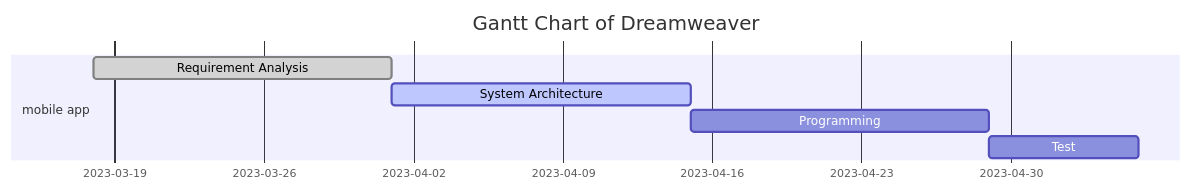
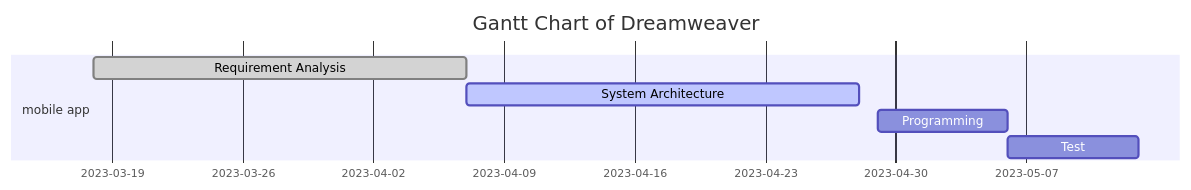
One commit to DreamweaverDSD/DSD changed the diagram in README.md. Above: the diagram before and after it, drawn with Mermaid. The commit also changed other lines of this file, not shown here.

````diff
--- a/README.md
+++ b/README.md
@@ -54,10 +57,10 @@
 ```mermaid
 gantt
 title Gantt Chart of Dreamweaver
 dateFormat YY-MM-DD
 section mobile app
-Requirement Analysis  :done, requirement analysis, 23-03-18,23-04-01
-System Architecture   :active, system architecture, 23-04-01, 14d
-Programming           :programming, 23-04-15, 14d
+Requirement Analysis  :done, requirement analysis, 23-03-18,23-04-07
+System Architecture   :active, system architecture, 23-04-07, 21d
+Programming           :programming, 23-04-29, 7d
 Test                  :test, after programming, 7d
 ```
````
